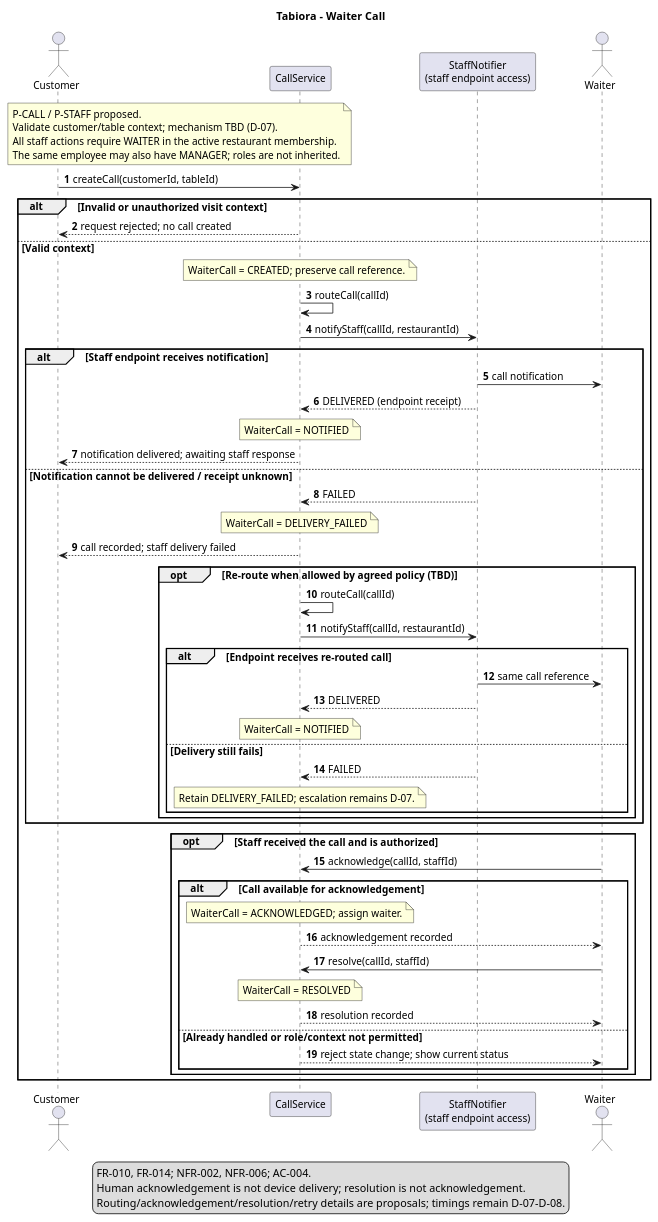
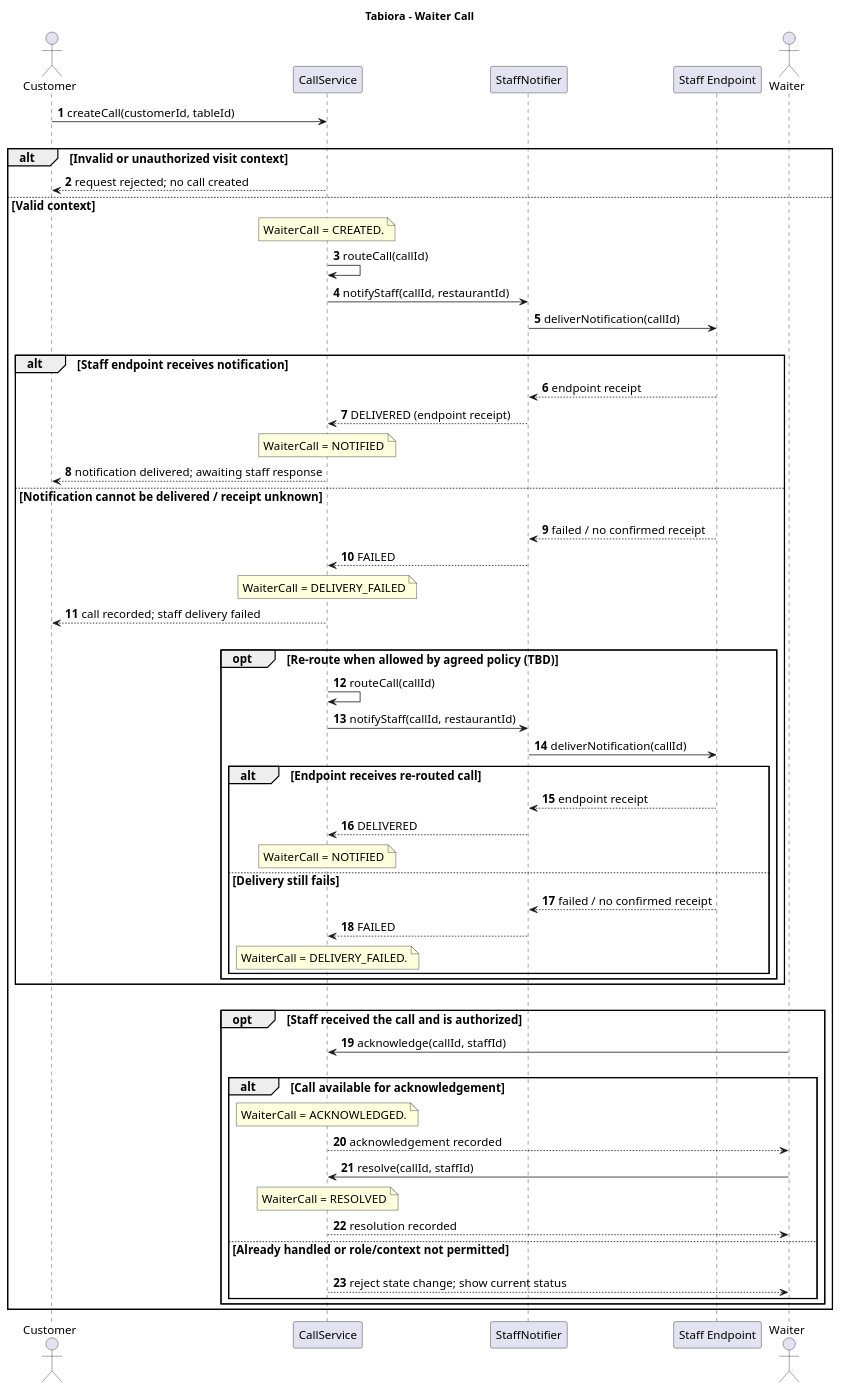
One commit to AlexToday111/Tabiora changed the diagram in assets/diagrams/waiter-call-sequence/waiter-call-sequence.puml. Above: the diagram before and after it, drawn with PlantUML. The commit also changed 27 other files, not shown here.

Commit message:
Update UML diagrams for Labs 4, 6, 7 and 8

```diff
--- a/assets/diagrams/waiter-call-sequence/waiter-call-sequence.puml
+++ b/assets/diagrams/waiter-call-sequence/waiter-call-sequence.puml
@@ -1,68 +1,69 @@
 @startuml
 title Tabiora - Waiter Call
 skinparam shadowing false
 skinparam defaultFontName SansSerif
-skinparam defaultFontSize 13
+skinparam defaultFontSize 15
 skinparam classAttributeIconSize 0
 skinparam packageStyle rectangle
 hide empty members
 
 autonumber
 actor Customer
 participant "CallService" as Calls
-participant "StaffNotifier\n(staff endpoint access)" as Notifier
+participant "StaffNotifier" as Notifier
+participant "Staff Endpoint" as Endpoint
 actor Waiter
-note over Customer,Calls
-P-CALL / P-STAFF proposed.
-Validate customer/table context; mechanism TBD (D-07).
-All staff actions require WAITER in the active restaurant membership.
-The same employee may also have MANAGER; roles are not inherited.
-end note
 Customer -> Calls : createCall(customerId, tableId)
+||20||
 alt Invalid or unauthorized visit context
  Calls --> Customer : request rejected; no call created
 else Valid context
- note over Calls : WaiterCall = CREATED; preserve call reference.
+ note over Calls : WaiterCall = CREATED.
  Calls -> Calls : routeCall(callId)
  Calls -> Notifier : notifyStaff(callId, restaurantId)
+ Notifier -> Endpoint : deliverNotification(callId)
+ ||20||
  alt Staff endpoint receives notification
-  Notifier -> Waiter : call notification
+  Endpoint --> Notifier : endpoint receipt
   Notifier --> Calls : DELIVERED (endpoint receipt)
   note over Calls : WaiterCall = NOTIFIED
   Calls --> Customer : notification delivered; awaiting staff response
  else Notification cannot be delivered / receipt unknown
+  ||18||
+  Endpoint --> Notifier : failed / no confirmed receipt
   Notifier --> Calls : FAILED
   note over Calls : WaiterCall = DELIVERY_FAILED
   Calls --> Customer : call recorded; staff delivery failed
+  ||20||
   opt Re-route when allowed by agreed policy (TBD)
    Calls -> Calls : routeCall(callId)
    Calls -> Notifier : notifyStaff(callId, restaurantId)
+   Notifier -> Endpoint : deliverNotification(callId)
    alt Endpoint receives re-routed call
-    Notifier -> Waiter : same call reference
+    Endpoint --> Notifier : endpoint receipt
     Notifier --> Calls : DELIVERED
     note over Calls : WaiterCall = NOTIFIED
    else Delivery still fails
+    Endpoint --> Notifier : failed / no confirmed receipt
     Notifier --> Calls : FAILED
-    note over Calls : Retain DELIVERY_FAILED; escalation remains D-07.
+    note over Calls : WaiterCall = DELIVERY_FAILED.
    end
   end
  end
+ ||20||
  opt Staff received the call and is authorized
   Waiter -> Calls : acknowledge(callId, staffId)
+  ||18||
   alt Call available for acknowledgement
-   note over Calls : WaiterCall = ACKNOWLEDGED; assign waiter.
+   note over Calls : WaiterCall = ACKNOWLEDGED.
    Calls --> Waiter : acknowledgement recorded
    Waiter -> Calls : resolve(callId, staffId)
    note over Calls : WaiterCall = RESOLVED
    Calls --> Waiter : resolution recorded
   else Already handled or role/context not permitted
+   ||18||
    Calls --> Waiter : reject state change; show current status
   end
  end
 end
-legend bottom
-FR-010, FR-014; NFR-002, NFR-006; AC-004.
-Human acknowledgement is not device delivery; resolution is not acknowledgement.
-Routing/acknowledgement/resolution/retry details are proposals; timings remain D-07-D-08.
-endlegend
 @enduml
```
